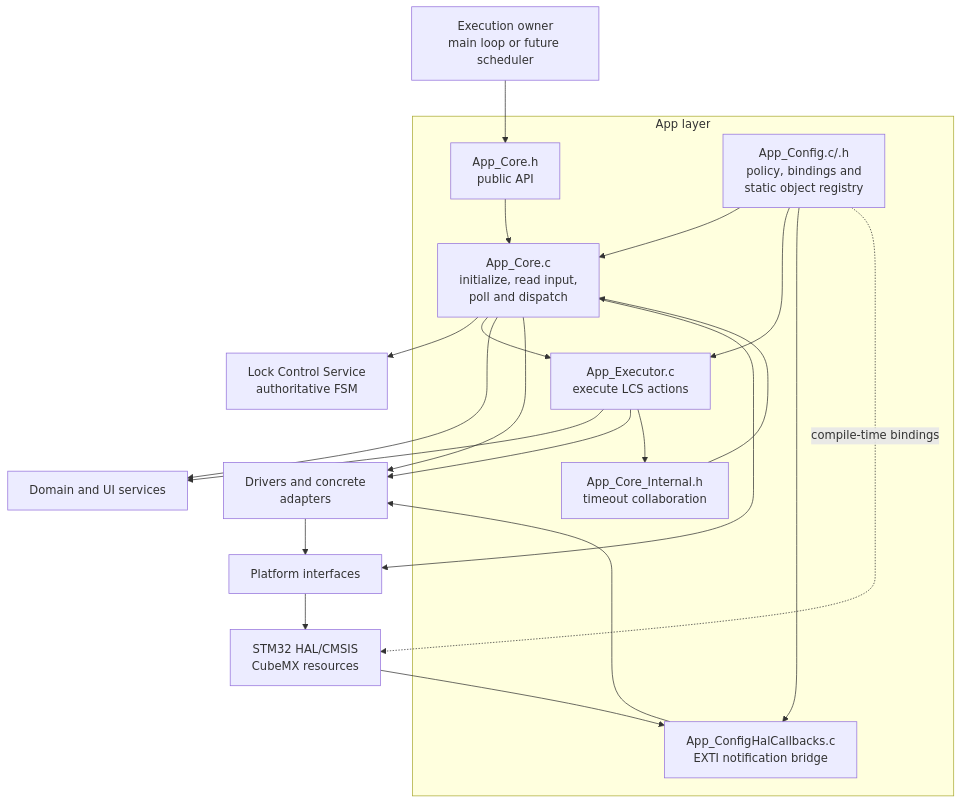
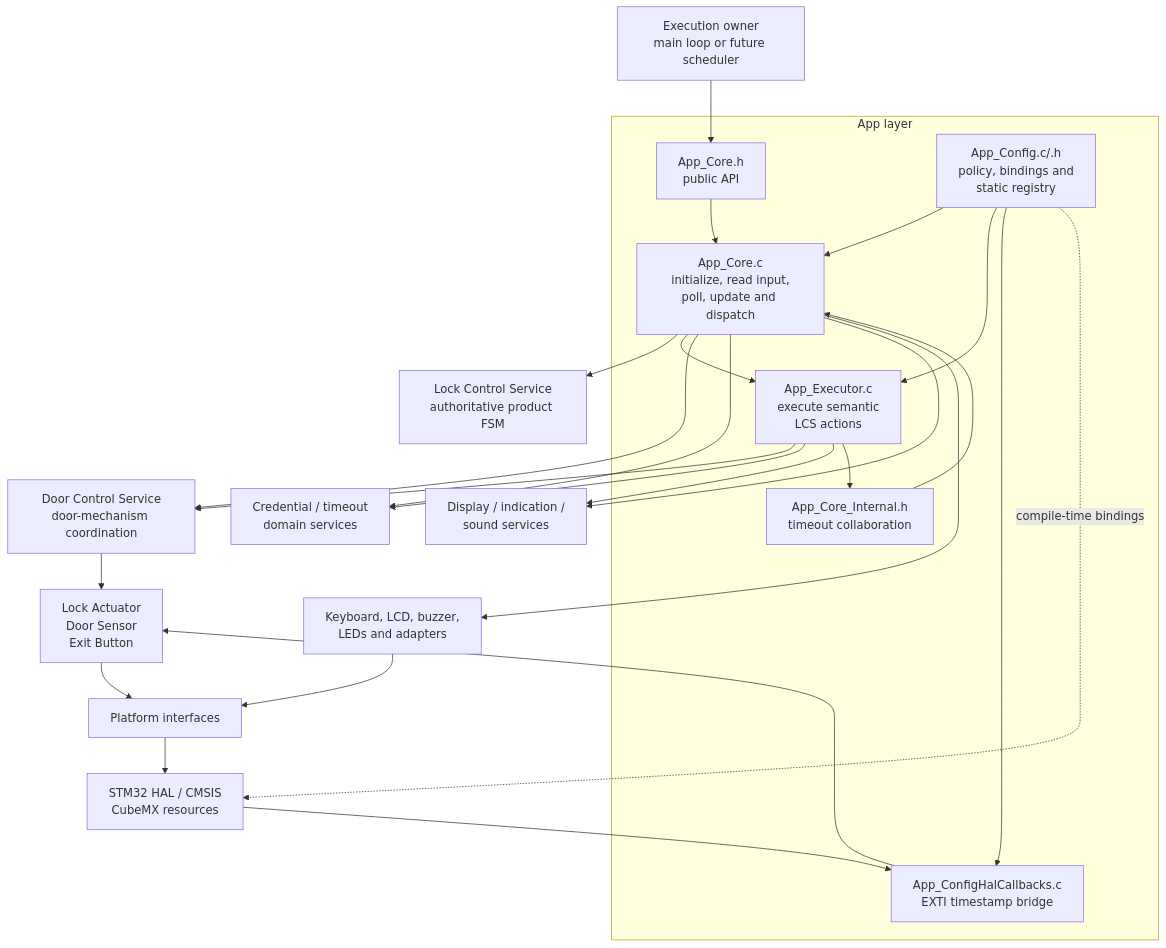
Before and after one commit to JP-REY/STM32F103C8T6-Based-Electronic-Lock: the first of 5 diagrams in App/README.md, drawn with Mermaid. The commit also changed other lines of this file and 2 other files, not shown here.

First line of the commit message:
feature(app): integrate door-aware relock recovery

````diff
--- a/App/README.md
+++ b/App/README.md
@@ -141,35 +187,50 @@
 ```mermaid
 flowchart TB
     MAIN["Execution owner<br/>main loop or future scheduler"]
 
     subgraph APP["App layer"]
         API["App_Core.h<br/>public API"]
-        CORE["App_Core.c<br/>initialize, read input,<br/>poll and dispatch"]
-        EXEC["App_Executor.c<br/>execute LCS actions"]
-        CONFIG["App_Config.c/.h<br/>policy, bindings and<br/>static object registry"]
-        HALCB["App_ConfigHalCallbacks.c<br/>EXTI notification bridge"]
+        CORE["App_Core.c<br/>initialize, read input,<br/>poll, update and dispatch"]
+        EXEC["App_Executor.c<br/>execute semantic<br/>LCS actions"]
+        CONFIG["App_Config.c/.h<br/>policy, bindings and<br/>static registry"]
+        HALCB["App_ConfigHalCallbacks.c<br/>EXTI timestamp bridge"]
         INTERNAL["App_Core_Internal.h<br/>timeout collaboration"]
     end
 
-    LCS["Lock Control Service<br/>authoritative FSM"]
-    SERVICES["Domain and UI services"]
-    COMPONENTS["Drivers and concrete<br/> adapters"]
+    LCS["Lock Control Service<br/>authoritative product FSM"]
+    DCS["Door Control Service<br/>door-mechanism coordination"]
+    DOMAIN["Credential / timeout<br/>domain services"]
+    UI["Display / indication /<br/>sound services"]
+    DOORCOMP["Lock Actuator<br/>Door Sensor<br/>Exit Button"]
+    OTHERCOMP["Keyboard, LCD, buzzer,<br/>LEDs and adapters"]
     PLATFORM["Platform interfaces"]
-    HAL["STM32 HAL/CMSIS<br/>CubeMX resources"]
+    HAL["STM32 HAL / CMSIS<br/>CubeMX resources"]
 
     MAIN --> API --> CORE
+
     CONFIG --> CORE
     CONFIG --> EXEC
     CONFIG --> HALCB
+
     CORE --> LCS
     CORE --> EXEC
-    EXEC --> SERVICES
-    EXEC --> COMPONENTS
+    CORE --> DCS
+    CORE --> DOMAIN
+    CORE --> UI
+    CORE --> OTHERCOMP
+
+    EXEC --> DCS
+    EXEC --> DOMAIN
+    EXEC --> UI
     EXEC --> INTERNAL --> CORE
-    CORE --> SERVICES
-    CORE --> COMPONENTS
-    COMPONENTS --> PLATFORM --> HAL
-    HAL --> HALCB --> COMPONENTS
-    CORE --> PLATFORM
+
+    DCS --> DOORCOMP
+    OTHERCOMP --> PLATFORM
+    DOORCOMP --> PLATFORM
+    PLATFORM --> HAL
+
+    HAL --> HALCB
+    HALCB --> DOORCOMP
+
     CONFIG -. "compile-time bindings" .-> HAL
 ```
````
